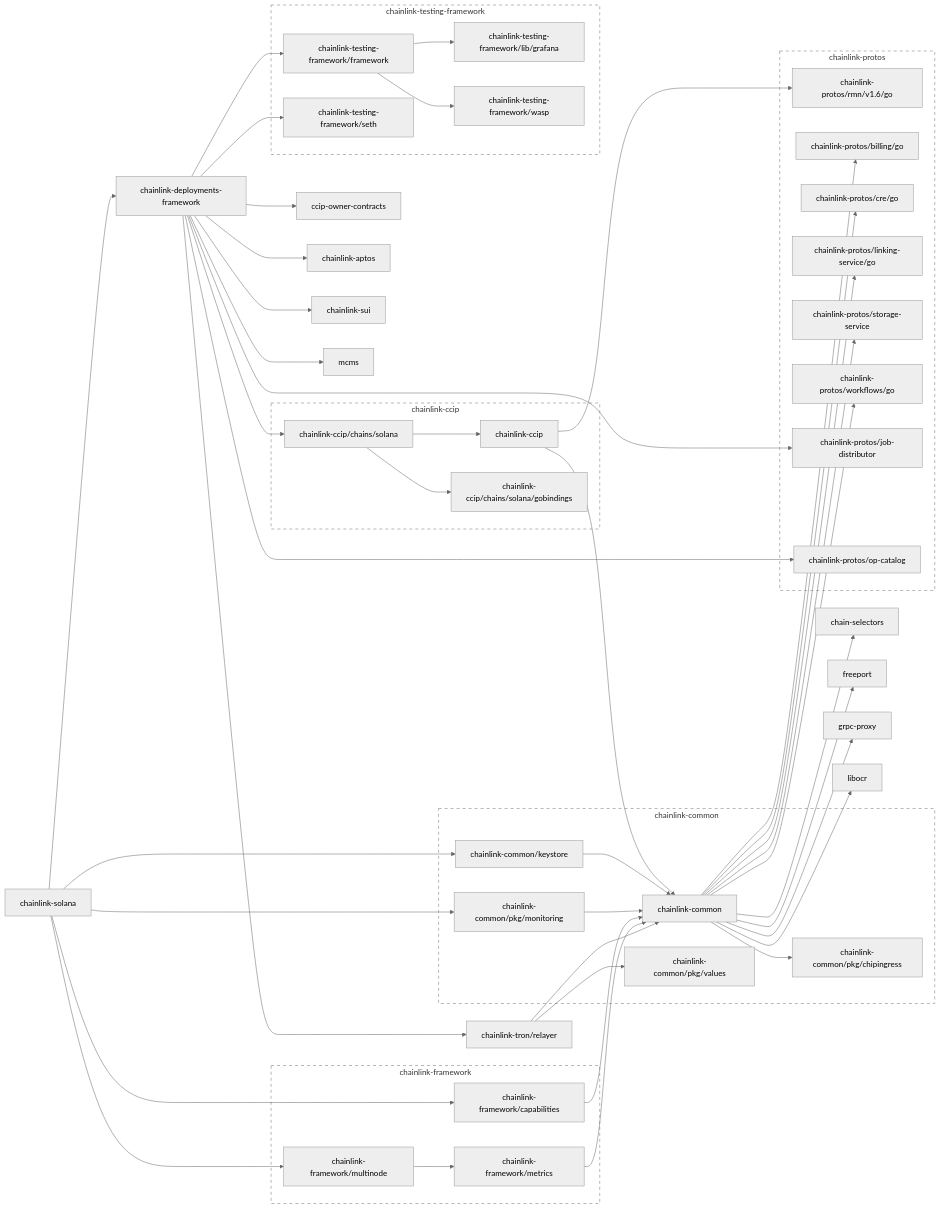
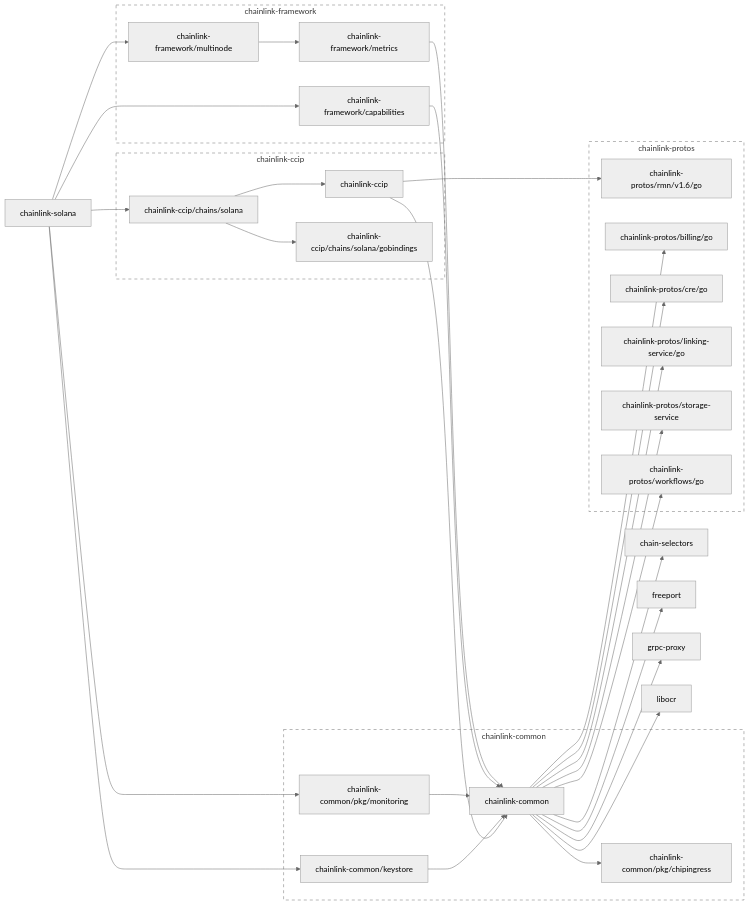
One commit to smartcontractkit/chainlink-solana changed the first of 2 diagrams in go.md. Above: the diagram before and after it, drawn with Mermaid (neutral theme). The commit also changed other lines of this file and 4 other files, not shown here.

````diff
--- a/go.md
+++ b/go.md
@@ -3,12 +3,8 @@
 ```mermaid
 flowchart LR
 
-	ccip-owner-contracts
-	click ccip-owner-contracts href "https://github.com/smartcontractkit/ccip-owner-contracts"
 	chain-selectors
 	click chain-selectors href "https://github.com/smartcontractkit/chain-selectors"
-	chainlink-aptos
-	click chainlink-aptos href "https://github.com/smartcontractkit/chainlink-aptos"
 	chainlink-ccip --> chainlink-common
 	chainlink-ccip --> chainlink-protos/rmn/v1.6/go
 	click chainlink-ccip href "https://github.com/smartcontractkit/chainlink-ccip"
@@ -34,19 +30,6 @@
 	click chainlink-common/pkg/chipingress href "https://github.com/smartcontractkit/chainlink-common"
 	chainlink-common/pkg/monitoring --> chainlink-common
 	click chainlink-common/pkg/monitoring href "https://github.com/smartcontractkit/chainlink-common"
-	chainlink-common/pkg/values
-	click chainlink-common/pkg/values href "https://github.com/smartcontractkit/chainlink-common"
-	chainlink-deployments-framework --> ccip-owner-contracts
-	chainlink-deployments-framework --> chainlink-aptos
-	chainlink-deployments-framework --> chainlink-ccip/chains/solana
-	chainlink-deployments-framework --> chainlink-protos/job-distributor
-	chainlink-deployments-framework --> chainlink-protos/op-catalog
-	chainlink-deployments-framework --> chainlink-sui
-	chainlink-deployments-framework --> chainlink-testing-framework/framework
-	chainlink-deployments-framework --> chainlink-testing-framework/seth
-	chainlink-deployments-framework --> chainlink-tron/relayer
-	chainlink-deployments-framework --> mcms
-	click chainlink-deployments-framework href "https://github.com/smartcontractkit/chainlink-deployments-framework"
 	chainlink-framework/capabilities --> chainlink-common
 	click chainlink-framework/capabilities href "https://github.com/smartcontractkit/chainlink-framework"
 	chainlink-framework/metrics --> chainlink-common
@@ -57,46 +40,26 @@
 	click chainlink-protos/billing/go href "https://github.com/smartcontractkit/chainlink-protos"
 	chainlink-protos/cre/go
 	click chainlink-protos/cre/go href "https://github.com/smartcontractkit/chainlink-protos"
-	chainlink-protos/job-distributor
-	click chainlink-protos/job-distributor href "https://github.com/smartcontractkit/chainlink-protos"
 	chainlink-protos/linking-service/go
 	click chainlink-protos/linking-service/go href "https://github.com/smartcontractkit/chainlink-protos"
-	chainlink-protos/op-catalog
-	click chainlink-protos/op-catalog href "https://github.com/smartcontractkit/chainlink-protos"
 	chainlink-protos/rmn/v1.6/go
 	click chainlink-protos/rmn/v1.6/go href "https://github.com/smartcontractkit/chainlink-protos"
 	chainlink-protos/storage-service
 	click chainlink-protos/storage-service href "https://github.com/smartcontractkit/chainlink-protos"
 	chainlink-protos/workflows/go
 	click chainlink-protos/workflows/go href "https://github.com/smartcontractkit/chainlink-protos"
+	chainlink-solana --> chainlink-ccip/chains/solana
 	chainlink-solana --> chainlink-common/keystore
 	chainlink-solana --> chainlink-common/pkg/monitoring
-	chainlink-solana --> chainlink-deployments-framework
 	chainlink-solana --> chainlink-framework/capabilities
 	chainlink-solana --> chainlink-framework/multinode
 	click chainlink-solana href "https://github.com/smartcontractkit/chainlink-solana"
-	chainlink-sui
-	click chainlink-sui href "https://github.com/smartcontractkit/chainlink-sui"
-	chainlink-testing-framework/framework --> chainlink-testing-framework/lib/grafana
-	chainlink-testing-framework/framework --> chainlink-testing-framework/wasp
-	click chainlink-testing-framework/framework href "https://github.com/smartcontractkit/chainlink-testing-framework"
-	chainlink-testing-framework/lib/grafana
-	click chainlink-testing-framework/lib/grafana href "https://github.com/smartcontractkit/chainlink-testing-framework"
-	chainlink-testing-framework/seth
-	click chainlink-testing-framework/seth href "https://github.com/smartcontractkit/chainlink-testing-framework"
-	chainlink-testing-framework/wasp
-	click chainlink-testing-framework/wasp href "https://github.com/smartcontractkit/chainlink-testing-framework"
-	chainlink-tron/relayer --> chainlink-common
-	chainlink-tron/relayer --> chainlink-common/pkg/values
-	click chainlink-tron/relayer href "https://github.com/smartcontractkit/chainlink-tron"
 	freeport
 	click freeport href "https://github.com/smartcontractkit/freeport"
 	grpc-proxy
 	click grpc-proxy href "https://github.com/smartcontractkit/grpc-proxy"
 	libocr
 	click libocr href "https://github.com/smartcontractkit/libocr"
-	mcms
-	click mcms href "https://github.com/smartcontractkit/mcms"
 
 	subgraph chainlink-ccip-repo[chainlink-ccip]
 		 chainlink-ccip
@@ -110,7 +73,6 @@
 		 chainlink-common/keystore
 		 chainlink-common/pkg/chipingress
 		 chainlink-common/pkg/monitoring
-		 chainlink-common/pkg/values
 	end
 	click chainlink-common-repo href "https://github.com/smartcontractkit/chainlink-common"
 
@@ -124,23 +86,13 @@
 	subgraph chainlink-protos-repo[chainlink-protos]
 		 chainlink-protos/billing/go
 		 chainlink-protos/cre/go
-		 chainlink-protos/job-distributor
 		 chainlink-protos/linking-service/go
-		 chainlink-protos/op-catalog
 		 chainlink-protos/rmn/v1.6/go
 		 chainlink-protos/storage-service
 		 chainlink-protos/workflows/go
 	end
 	click chainlink-protos-repo href "https://github.com/smartcontractkit/chainlink-protos"
 
-	subgraph chainlink-testing-framework-repo[chainlink-testing-framework]
-		 chainlink-testing-framework/framework
-		 chainlink-testing-framework/lib/grafana
-		 chainlink-testing-framework/seth
-		 chainlink-testing-framework/wasp
-	end
-	click chainlink-testing-framework-repo href "https://github.com/smartcontractkit/chainlink-testing-framework"
-
 	classDef outline stroke-dasharray:6,fill:none;
-	class chainlink-ccip-repo,chainlink-common-repo,chainlink-framework-repo,chainlink-protos-repo,chainlink-testing-framework-repo outline
+	class chainlink-ccip-repo,chainlink-common-repo,chainlink-framework-repo,chainlink-protos-repo outline
 ```
````
